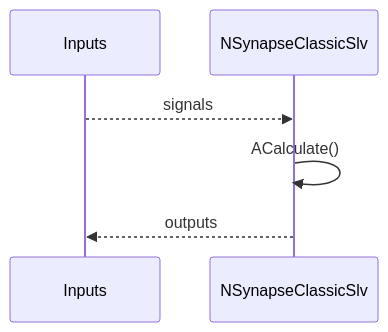
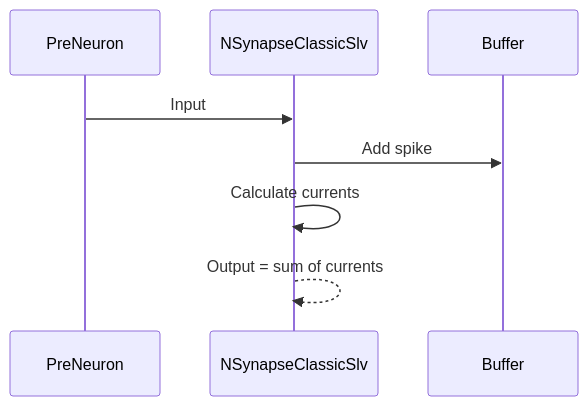
One commit to aicommunity/Nmsdk-PulseLib changed the seventh of 7 diagrams in Docs/Components/NSynapseClassicSlv.md. Above: the diagram before and after it, drawn with Mermaid. The commit also changed other lines of this file and 196 other files, not shown here.

````diff
--- a/Docs/Components/NSynapseClassicSlv.md
+++ b/Docs/Components/NSynapseClassicSlv.md
@@ -24,8 +361,11 @@
 ```mermaid
 sequenceDiagram
-    participant In as Inputs
-    participant X as NSynapseClassicSlv
-    In-->>X: signals
-    X->>X: ACalculate()
-    X-->>In: outputs
+    participant PreNeuron
+    participant Synapse as NSynapseClassicSlv
+    participant Buffer
+    
+    PreNeuron->>Synapse: Input
+    Synapse->>Buffer: Add spike
+    Synapse->>Synapse: Calculate currents
+    Synapse-->>Synapse: Output = sum of currents
 ```
````
